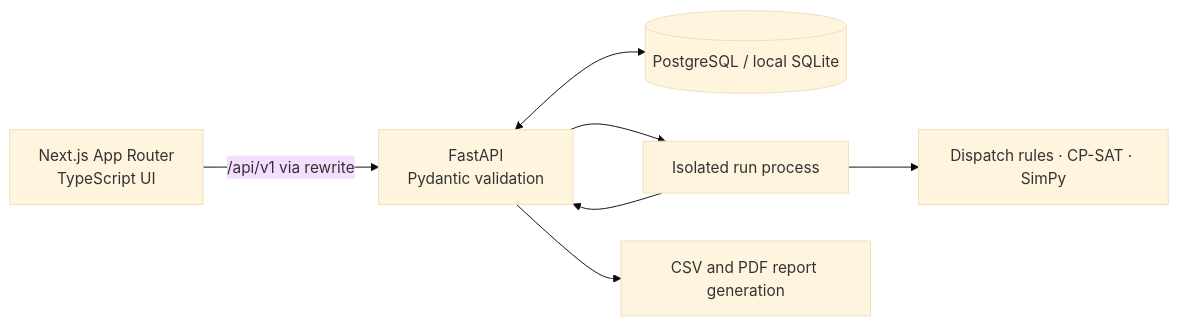
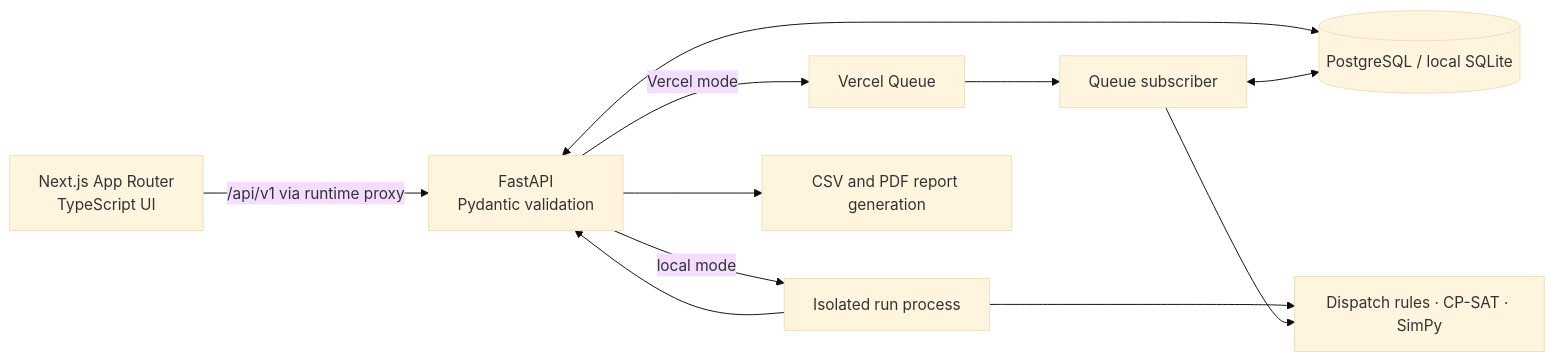
One commit to Rapheal-Kwabena/linepilot changed the diagram in docs/architecture.md. Above: the diagram before and after it, drawn with Mermaid (base theme). The commit also changed other lines of this file and 35 other files, not shown here.

Commit message:
Prepare protected Vercel deployment with durable queue workers

````diff
--- a/docs/architecture.md
+++ b/docs/architecture.md
@@ -5,9 +5,13 @@
 ```mermaid
 flowchart LR
-    Browser[Next.js App Router\nTypeScript UI] -->|/api/v1 via rewrite| API[FastAPI\nPydantic validation]
+    Browser[Next.js App Router\nTypeScript UI] -->|/api/v1 via runtime proxy| API[FastAPI\nPydantic validation]
     API <--> DB[(PostgreSQL / local SQLite)]
-    API --> Worker[Isolated run process]
+    API -->|local mode| Worker[Isolated run process]
+    API -->|Vercel mode| Queue[Vercel Queue]
+    Queue --> Subscriber[Queue subscriber]
+    Subscriber <--> DB
     Worker --> Engine[Dispatch rules · CP-SAT · SimPy]
+    Subscriber --> Engine
     Worker --> API
     API --> Export[CSV and PDF report generation]
 ```
````
